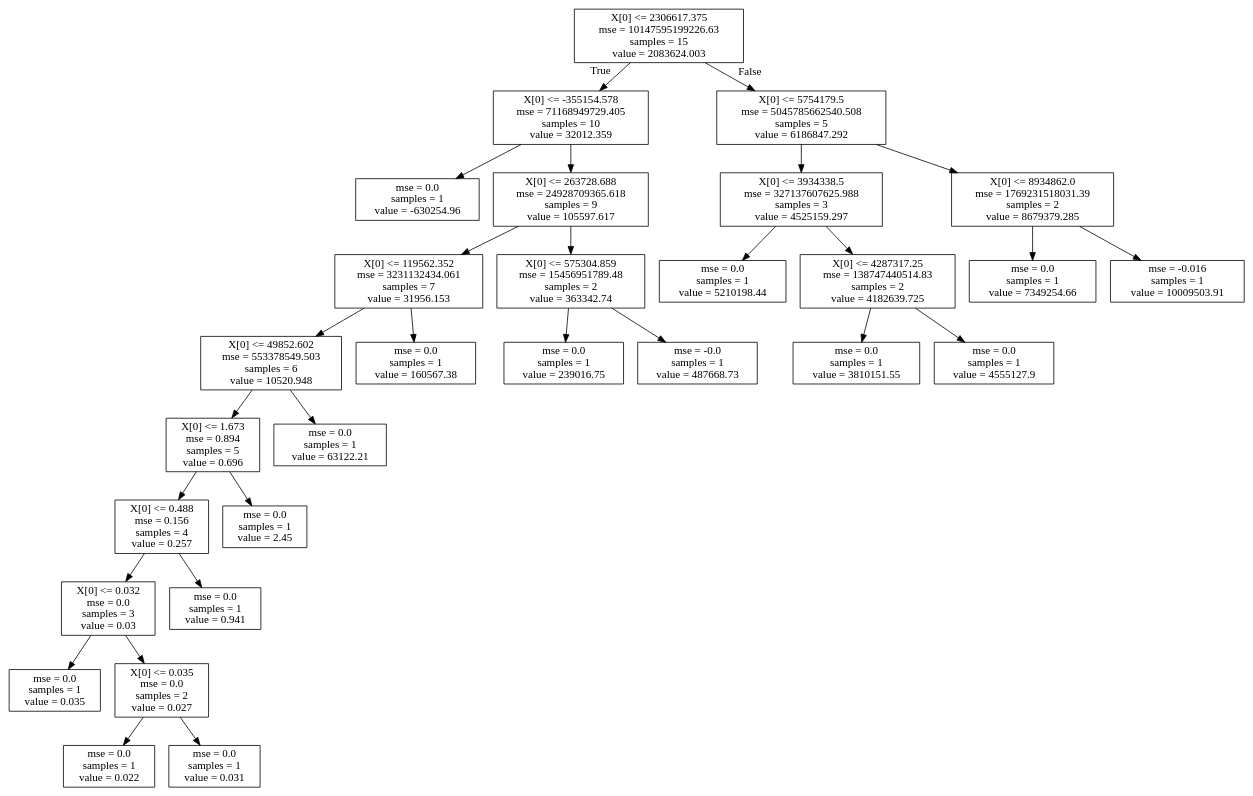
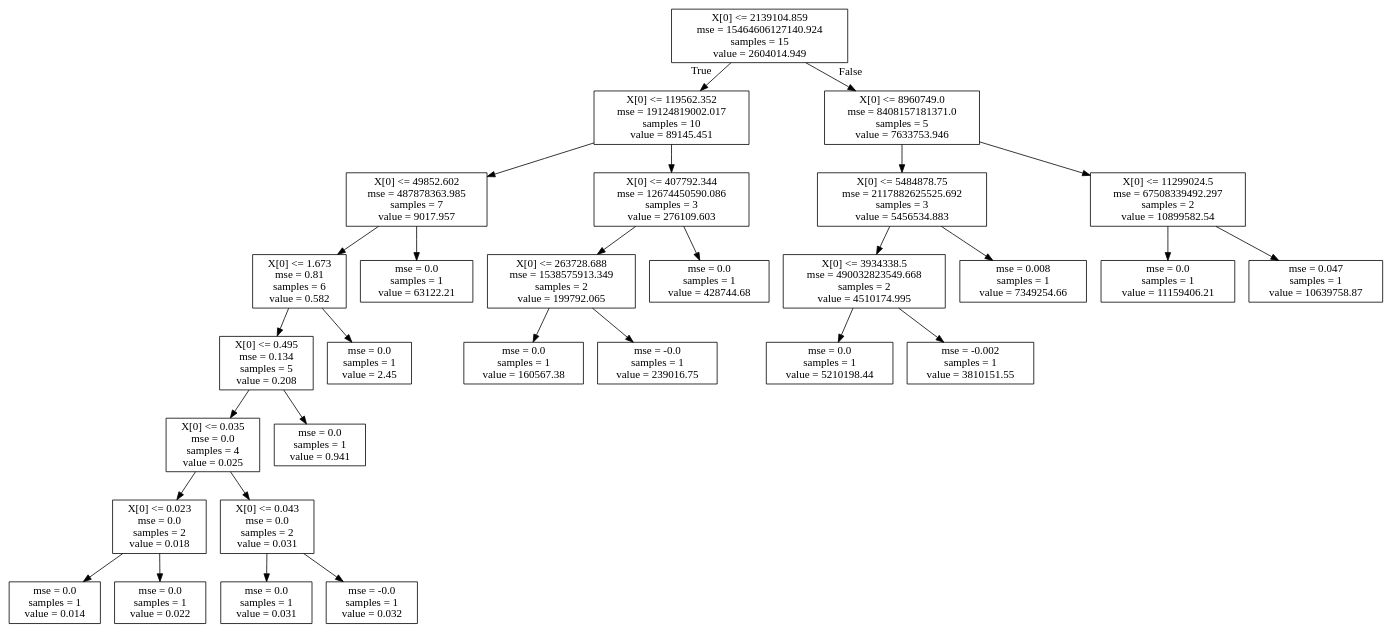
Before and after one commit to Dimitrios-Mourtzilas/Business-Strategy: the diagram in dot_tree.dot, drawn with Graphviz. The commit also changed 33 other files, not shown here.

```diff
--- a/dot_tree.dot
+++ b/dot_tree.dot
@@ -1,60 +1,60 @@
 digraph Tree {
 node [shape=box] ;
-0 [label="X[0] <= 2306617.375\nmse = 10147595199226.63\nsamples = 15\nvalue = 2083624.003"] ;
-1 [label="X[0] <= -355154.578\nmse = 71168949729.405\nsamples = 10\nvalue = 32012.359"] ;
+0 [label="X[0] <= 2139104.859\nmse = 15464606127140.924\nsamples = 15\nvalue = 2604014.949"] ;
+1 [label="X[0] <= 119562.352\nmse = 19124819002.017\nsamples = 10\nvalue = 89145.451"] ;
 0 -> 1 [labeldistance=2.5, labelangle=45, headlabel="True"] ;
-2 [label="mse = 0.0\nsamples = 1\nvalue = -630254.96"] ;
+2 [label="X[0] <= 49852.602\nmse = 487878363.985\nsamples = 7\nvalue = 9017.957"] ;
 1 -> 2 ;
-3 [label="X[0] <= 263728.688\nmse = 24928709365.618\nsamples = 9\nvalue = 105597.617"] ;
-1 -> 3 ;
-4 [label="X[0] <= 119562.352\nmse = 3231132434.061\nsamples = 7\nvalue = 31956.153"] ;
+3 [label="X[0] <= 1.673\nmse = 0.81\nsamples = 6\nvalue = 0.582"] ;
+2 -> 3 ;
+4 [label="X[0] <= 0.495\nmse = 0.134\nsamples = 5\nvalue = 0.208"] ;
 3 -> 4 ;
-5 [label="X[0] <= 49852.602\nmse = 553378549.503\nsamples = 6\nvalue = 10520.948"] ;
+5 [label="X[0] <= 0.035\nmse = 0.0\nsamples = 4\nvalue = 0.025"] ;
 4 -> 5 ;
-6 [label="X[0] <= 1.673\nmse = 0.894\nsamples = 5\nvalue = 0.696"] ;
+6 [label="X[0] <= 0.023\nmse = 0.0\nsamples = 2\nvalue = 0.018"] ;
 5 -> 6 ;
-7 [label="X[0] <= 0.488\nmse = 0.156\nsamples = 4\nvalue = 0.257"] ;
+7 [label="mse = 0.0\nsamples = 1\nvalue = 0.014"] ;
 6 -> 7 ;
-8 [label="X[0] <= 0.032\nmse = 0.0\nsamples = 3\nvalue = 0.03"] ;
-7 -> 8 ;
-9 [label="mse = 0.0\nsamples = 1\nvalue = 0.035"] ;
-8 -> 9 ;
-10 [label="X[0] <= 0.035\nmse = 0.0\nsamples = 2\nvalue = 0.027"] ;
-8 -> 10 ;
-11 [label="mse = 0.0\nsamples = 1\nvalue = 0.022"] ;
-10 -> 11 ;
-12 [label="mse = 0.0\nsamples = 1\nvalue = 0.031"] ;
-10 -> 12 ;
-13 [label="mse = 0.0\nsamples = 1\nvalue = 0.941"] ;
-7 -> 13 ;
-14 [label="mse = 0.0\nsamples = 1\nvalue = 2.45"] ;
-6 -> 14 ;
-15 [label="mse = 0.0\nsamples = 1\nvalue = 63122.21"] ;
-5 -> 15 ;
-16 [label="mse = 0.0\nsamples = 1\nvalue = 160567.38"] ;
-4 -> 16 ;
-17 [label="X[0] <= 575304.859\nmse = 15456951789.48\nsamples = 2\nvalue = 363342.74"] ;
-3 -> 17 ;
-18 [label="mse = 0.0\nsamples = 1\nvalue = 239016.75"] ;
-17 -> 18 ;
-19 [label="mse = -0.0\nsamples = 1\nvalue = 487668.73"] ;
-17 -> 19 ;
-20 [label="X[0] <= 5754179.5\nmse = 5045785662540.508\nsamples = 5\nvalue = 6186847.292"] ;
+8 [label="mse = 0.0\nsamples = 1\nvalue = 0.022"] ;
+6 -> 8 ;
+9 [label="X[0] <= 0.043\nmse = 0.0\nsamples = 2\nvalue = 0.031"] ;
+5 -> 9 ;
+10 [label="mse = 0.0\nsamples = 1\nvalue = 0.031"] ;
+9 -> 10 ;
+11 [label="mse = -0.0\nsamples = 1\nvalue = 0.032"] ;
+9 -> 11 ;
+12 [label="mse = 0.0\nsamples = 1\nvalue = 0.941"] ;
+4 -> 12 ;
+13 [label="mse = 0.0\nsamples = 1\nvalue = 2.45"] ;
+3 -> 13 ;
+14 [label="mse = 0.0\nsamples = 1\nvalue = 63122.21"] ;
+2 -> 14 ;
+15 [label="X[0] <= 407792.344\nmse = 12674450590.086\nsamples = 3\nvalue = 276109.603"] ;
+1 -> 15 ;
+16 [label="X[0] <= 263728.688\nmse = 1538575913.349\nsamples = 2\nvalue = 199792.065"] ;
+15 -> 16 ;
+17 [label="mse = 0.0\nsamples = 1\nvalue = 160567.38"] ;
+16 -> 17 ;
+18 [label="mse = -0.0\nsamples = 1\nvalue = 239016.75"] ;
+16 -> 18 ;
+19 [label="mse = 0.0\nsamples = 1\nvalue = 428744.68"] ;
+15 -> 19 ;
+20 [label="X[0] <= 8960749.0\nmse = 8408157181371.0\nsamples = 5\nvalue = 7633753.946"] ;
 0 -> 20 [labeldistance=2.5, labelangle=-45, headlabel="False"] ;
-21 [label="X[0] <= 3934338.5\nmse = 327137607625.988\nsamples = 3\nvalue = 4525159.297"] ;
+21 [label="X[0] <= 5484878.75\nmse = 2117882625525.692\nsamples = 3\nvalue = 5456534.883"] ;
 20 -> 21 ;
-22 [label="mse = 0.0\nsamples = 1\nvalue = 5210198.44"] ;
+22 [label="X[0] <= 3934338.5\nmse = 490032823549.668\nsamples = 2\nvalue = 4510174.995"] ;
 21 -> 22 ;
-23 [label="X[0] <= 4287317.25\nmse = 138747440514.83\nsamples = 2\nvalue = 4182639.725"] ;
-21 -> 23 ;
-24 [label="mse = 0.0\nsamples = 1\nvalue = 3810151.55"] ;
-23 -> 24 ;
-25 [label="mse = 0.0\nsamples = 1\nvalue = 4555127.9"] ;
-23 -> 25 ;
-26 [label="X[0] <= 8934862.0\nmse = 1769231518031.39\nsamples = 2\nvalue = 8679379.285"] ;
+23 [label="mse = 0.0\nsamples = 1\nvalue = 5210198.44"] ;
+22 -> 23 ;
+24 [label="mse = -0.002\nsamples = 1\nvalue = 3810151.55"] ;
+22 -> 24 ;
+25 [label="mse = 0.008\nsamples = 1\nvalue = 7349254.66"] ;
+21 -> 25 ;
+26 [label="X[0] <= 11299024.5\nmse = 67508339492.297\nsamples = 2\nvalue = 10899582.54"] ;
 20 -> 26 ;
-27 [label="mse = 0.0\nsamples = 1\nvalue = 7349254.66"] ;
+27 [label="mse = 0.0\nsamples = 1\nvalue = 11159406.21"] ;
 26 -> 27 ;
-28 [label="mse = -0.016\nsamples = 1\nvalue = 10009503.91"] ;
+28 [label="mse = 0.047\nsamples = 1\nvalue = 10639758.87"] ;
 26 -> 28 ;
 }
```
